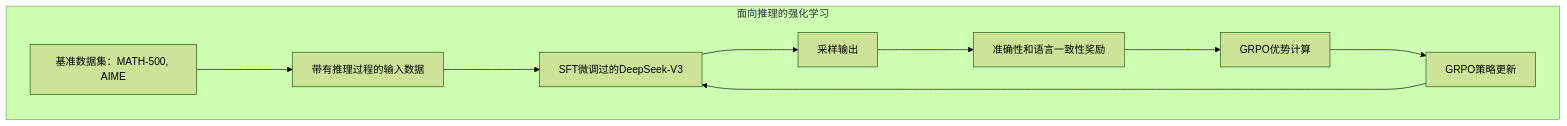
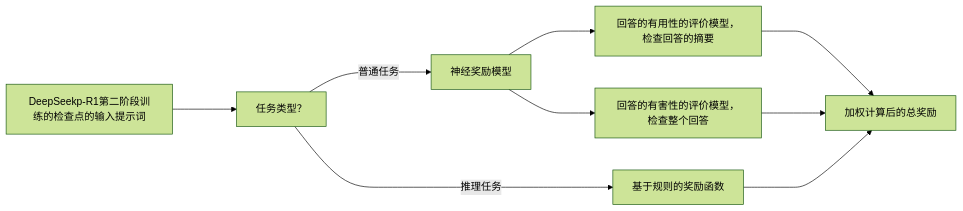
Before and after one commit to confucianzuoyuan/rl-tutorial: the diagram in test.md, drawn with Mermaid (forest theme). The commit also changed 1 other file, not shown here.

````diff
--- a/test.md
+++ b/test.md
@@ -1,7 +1,10 @@
 ```mermaid
-graph TB
-    subgraph subA["面向推理的强化学习"]
-    A["基准数据集：MATH-500, AIME"] ---> B["带有推理过程的输入数据"] ---> C["SFT微调过的DeepSeek-V3"] ---> D["采样输出"] ---> E["准确性和语言一致性奖励"]
-    E ---> F["GRPO优势计算"] ---> G["GRPO策略更新"] ---> C
-    end
+graph LR
+    A["DeepSeekp-R1第二阶段训练的检查点的输入提示词"] ---> B["任务类型？"] -- 普通任务 ---> C["神经奖励模型"]
+    B -- 推理任务 ---> G["基于规则的奖励函数"]
+    C ---> D["回答的有用性的评价模型，检查回答的摘要"]
+    C ---> F["回答的有害性的评价模型，检查整个回答"]
+    D ---> H["加权计算后的总奖励"]
+    F ---> H
+    G ---> H
 ```
````
